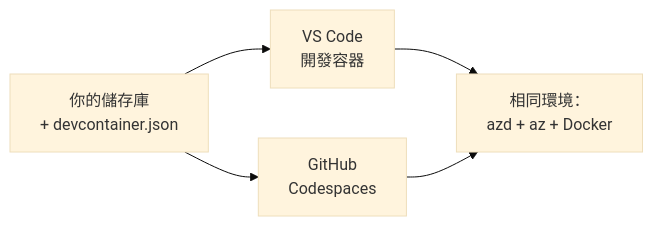
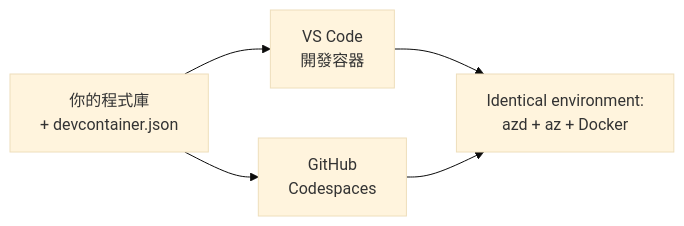
One commit to microsoft/AZD-for-beginners changed the diagram in translations/zh-TW/docs/chapter-01-foundation/dev-containers.md. Above: the diagram before and after it, drawn with Mermaid (base theme). The commit also changed other lines of this file and 61 other files, not shown here.

````diff
--- a/translations/zh-TW/docs/chapter-01-foundation/dev-containers.md
+++ b/translations/zh-TW/docs/chapter-01-foundation/dev-containers.md
@@ -41,7 +41,7 @@
 ```mermaid
 graph LR
-    Repo[你的儲存庫<br/>+ devcontainer.json] --> VSCode[VS Code<br/>開發容器]
+    Repo[你的程式庫<br/>+ devcontainer.json] --> VSCode[VS Code<br/>開發容器]
     Repo --> Codespaces[GitHub<br/>Codespaces]
-    VSCode --> Env[相同環境：<br/>azd + az + Docker]
+    VSCode --> Env[Identical environment:<br/>azd + az + Docker]
     Codespaces --> Env
 ```
````
